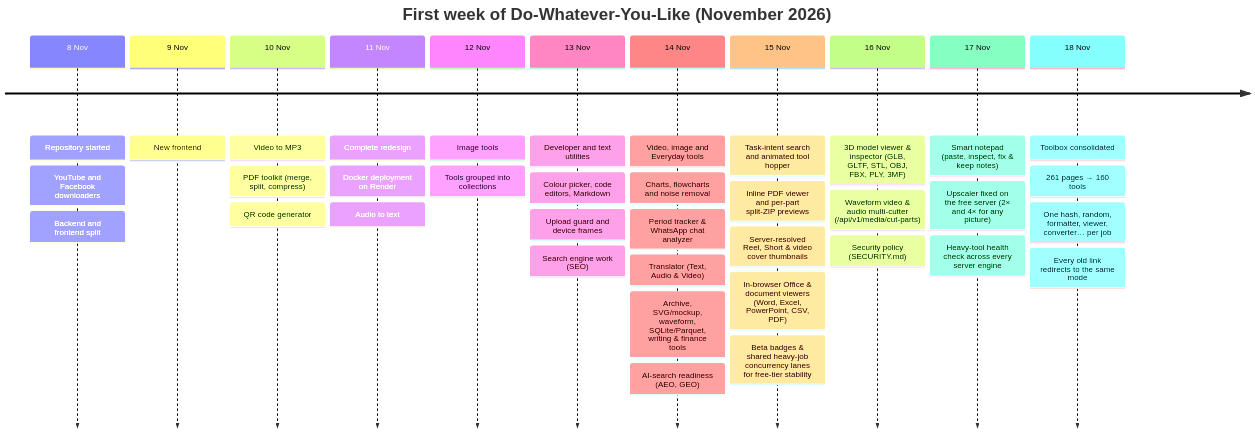
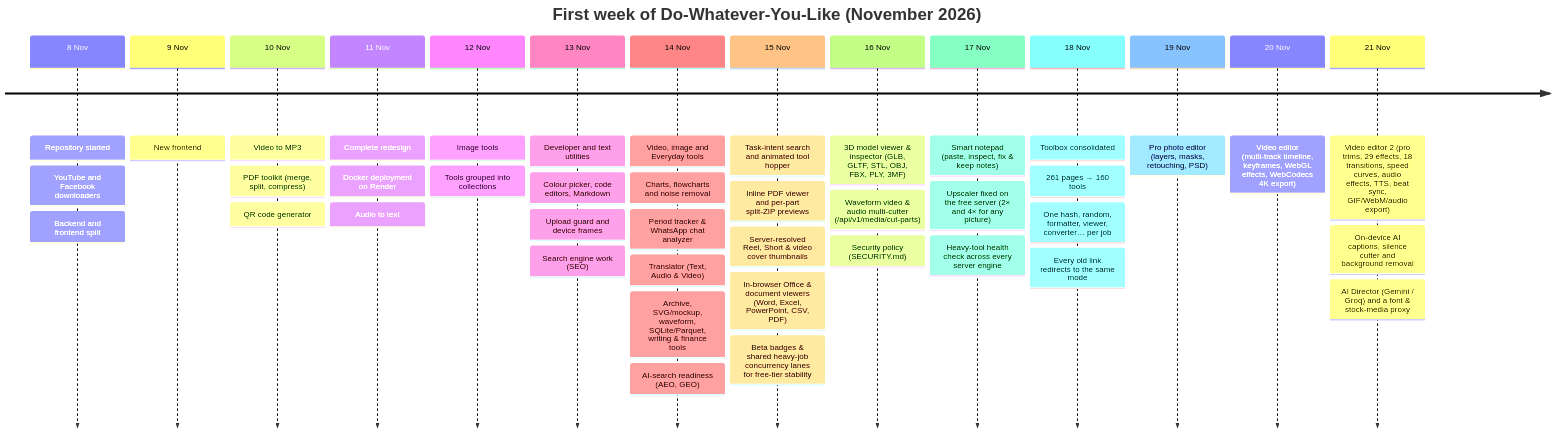
Before and after one commit to colddsam/do-whatever-you-like: the first of 3 diagrams in README.md, drawn with Mermaid. The commit also changed other lines of this file and 93 other files, not shown here.

````diff
--- a/README.md
+++ b/README.md
@@ -387,40 +388,45 @@
 ```mermaid
 timeline
     title First week of Do-Whatever-You-Like (November 2026)
     8 Nov : Repository started
           : YouTube and Facebook downloaders
           : Backend and frontend split
     9 Nov : New frontend
     10 Nov : Video to MP3
            : PDF toolkit (merge, split, compress)
            : QR code generator
     11 Nov : Complete redesign
            : Docker deployment on Render
            : Audio to text
     12 Nov : Image tools
            : Tools grouped into collections
     13 Nov : Developer and text utilities
            : Colour picker, code editors, Markdown
            : Upload guard and device frames
            : Search engine work (SEO)
     14 Nov : Video, image and Everyday tools
            : Charts, flowcharts and noise removal
            : Period tracker & WhatsApp chat analyzer
            : Translator (Text, Audio & Video)
            : Archive, SVG/mockup, waveform, SQLite/Parquet, writing & finance tools
            : AI-search readiness (AEO, GEO)
     15 Nov : Task-intent search and animated tool hopper
            : Inline PDF viewer and per-part split-ZIP previews
            : Server-resolved Reel, Short & video cover thumbnails
            : In-browser Office & document viewers (Word, Excel, PowerPoint, CSV, PDF)
            : Beta badges & shared heavy-job concurrency lanes for free-tier stability
     16 Nov : 3D model viewer & inspector (GLB, GLTF, STL, OBJ, FBX, PLY, 3MF)
            : Waveform video & audio multi-cutter (/api/v1/media/cut-parts)
            : Security policy (SECURITY.md)
     17 Nov : Smart notepad (paste, inspect, fix & keep notes)
            : Upscaler fixed on the free server (2× and 4× for any picture)
            : Heavy-tool health check across every server engine
     18 Nov : Toolbox consolidated: 261 pages → 160 tools
            : One hash, random, formatter, viewer, converter… per job
            : Every old link redirects to the same mode
+    19 Nov : Pro photo editor (layers, masks, retouching, PSD)
+    20 Nov : Video editor (multi-track timeline, keyframes, WebGL effects, WebCodecs 4K export)
+    21 Nov : Video editor 2 (pro trims, 29 effects, 18 transitions, speed curves, audio effects, TTS, beat sync, GIF/WebM/audio export)
+           : On-device AI captions, silence cutter and background removal
+           : AI Director (Gemini / Groq) and a font & stock-media proxy
 ```
````
